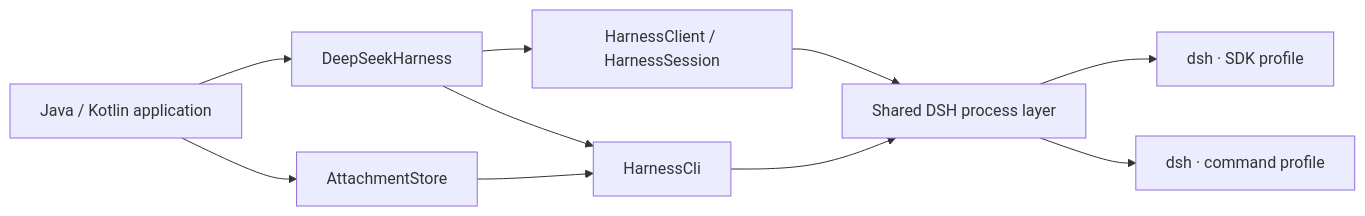
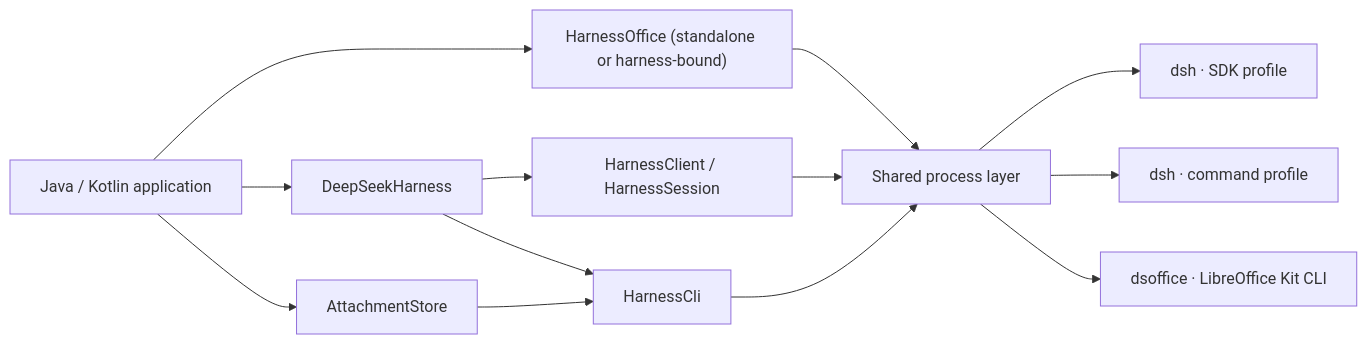
Before and after one commit to elonzh/dshjk: the diagram in docs/sdk.md, drawn with Mermaid. The commit also changed other lines of this file and 14 other files, not shown here.

````diff
--- a/docs/sdk.md
+++ b/docs/sdk.md
@@ -9,12 +9,15 @@
 ```mermaid
 flowchart LR
   App["Java / Kotlin application"] --> Harness["DeepSeekHarness"]
   Harness --> Client["HarnessClient / HarnessSession"]
   Harness --> Cli["HarnessCli"]
   App --> Attachments["AttachmentStore"]
   Attachments --> Cli
-  Client --> Runtime["Shared DSH process layer"]
+  App --> Office["HarnessOffice (standalone or harness-bound)"]
+  Office --> Runtime
+  Client --> Runtime["Shared process layer"]
   Cli --> Runtime
   Runtime --> SDK["dsh · SDK profile"]
   Runtime --> Command["dsh · command profile"]
+  Runtime --> Kit["dsoffice · LibreOffice Kit CLI"]
 ```
````
